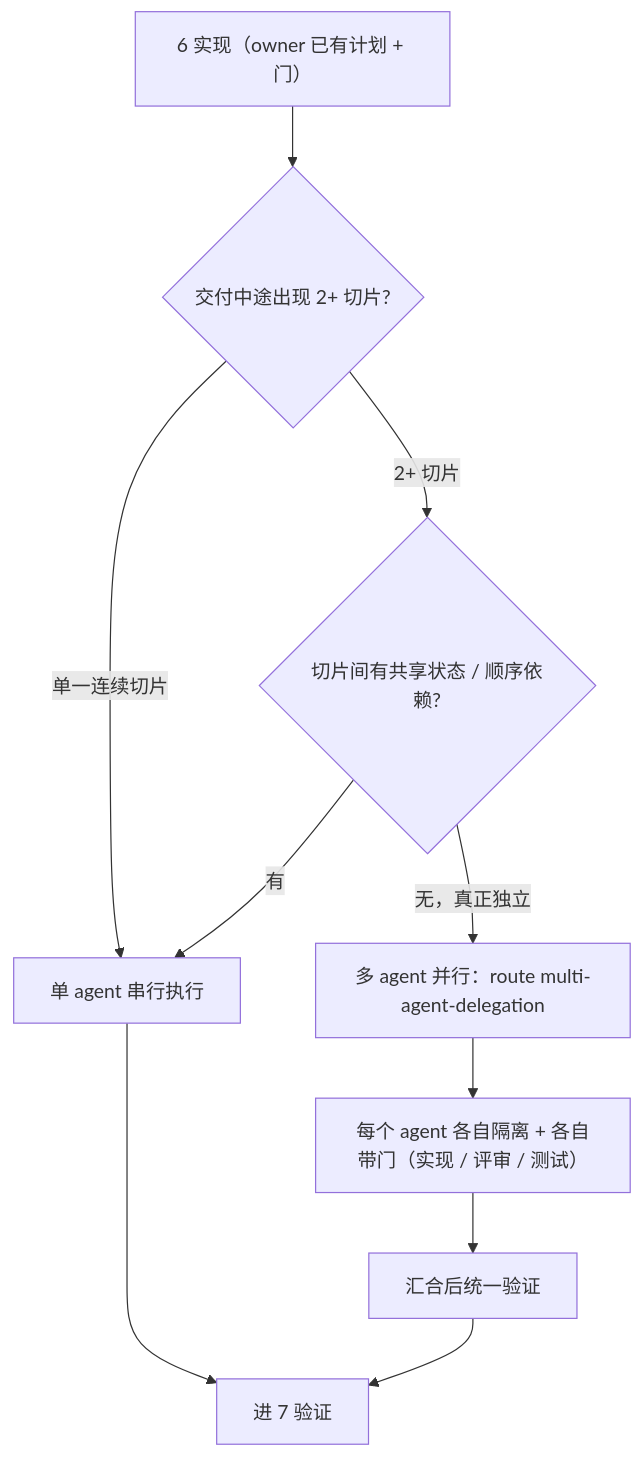
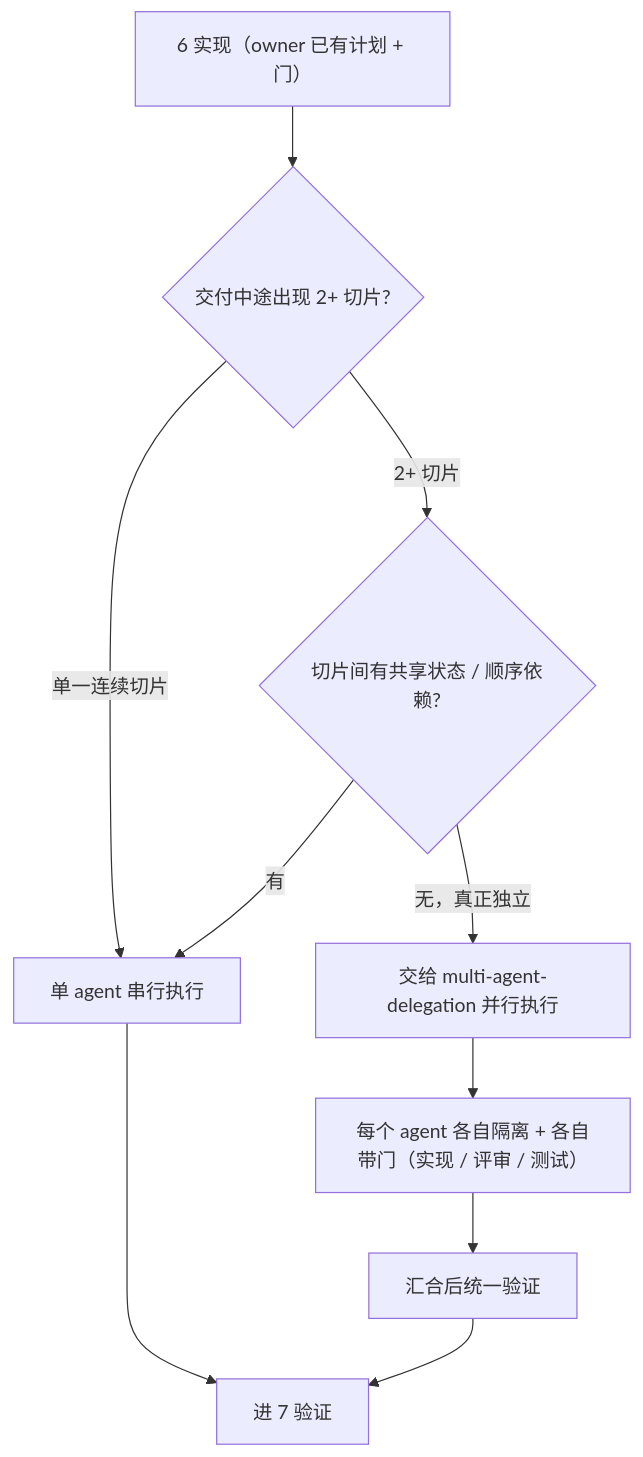
Before and after one commit to ccoalm/ccl-skills: the fourth of 4 diagrams in docs/feature-delivery-handbook.md, drawn with Mermaid. The commit also changed other lines of this file and 10 other files, not shown here.

````diff
--- a/docs/feature-delivery-handbook.md
+++ b/docs/feature-delivery-handbook.md
@@ -138,12 +138,12 @@
 ```mermaid
 flowchart TD
   I["6 实现（owner 已有计划 + 门）"] --> Q{"交付中途出现 2+ 切片?"}
   Q -->|"单一连续切片"| ONE["单 agent 串行执行"]
   Q -->|"2+ 切片"| D{"切片间有共享状态 / 顺序依赖?"}
   D -->|"有"| ONE
-  D -->|"无，真正独立"| MUL["多 agent 并行：route multi-agent-delegation"]
+  D -->|"无，真正独立"| MUL["交给 multi-agent-delegation 并行执行"]
   MUL --> EA["每个 agent 各自隔离 + 各自带门（实现 / 评审 / 测试）"]
   EA --> MG["汇合后统一验证"]
   ONE --> V["进 7 验证"]
   MG --> V
 ```
````
